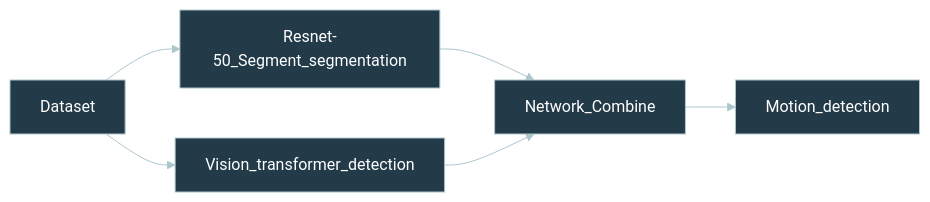
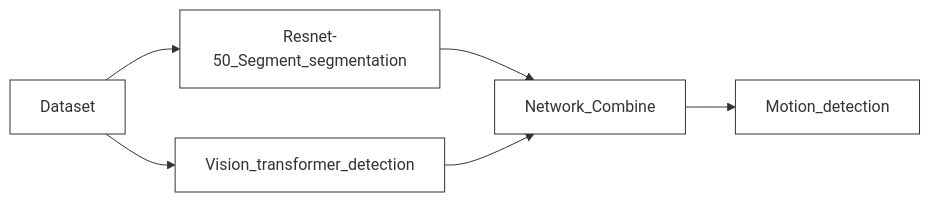
Before and after one commit to brian10420/Exminationroom_dection: the diagram in README.md, drawn with Mermaid.

````diff
--- a/README.md
+++ b/README.md
@@ -4,23 +4,14 @@
 ```mermaid
 %%{
   init: {
-		"theme": "base",
-    "themeVariables": {
-      "darkMode": "true", 
-      "background":"#202020",
-      "primaryColor": "#233B48",
-      "primaryTextColor": "#fff",
-      "primaryBorderColor": "#ADC6CD",
-      "lineColor": "#ADC6CD",
-      "secondaryColor": "#ADC6CD",
-      "tertiaryColor": "#1C1C1C"
-    }
+		'theme': 'base', 'themeVariables': { 'primaryColor': '#ffffff', 'primaryBorderColor': '#333333', 'lineColor': '#333333', 'fontSize': '16px', 'fontFamily': 'Times New Roman'}
+
   }
 }%%
 graph LR
     A[Dataset] --> B[Resnet-50_Segment_segmentation]
     A --> C[Vision_transformer_detection]
     B --> D[Network_Combine]
     C --> D
     D --> E[Motion_detection]
 ```
````
